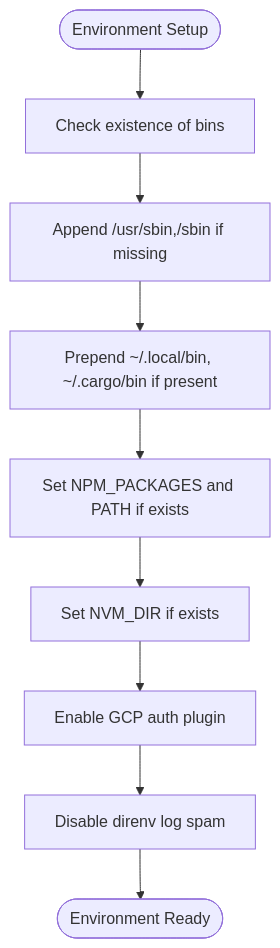
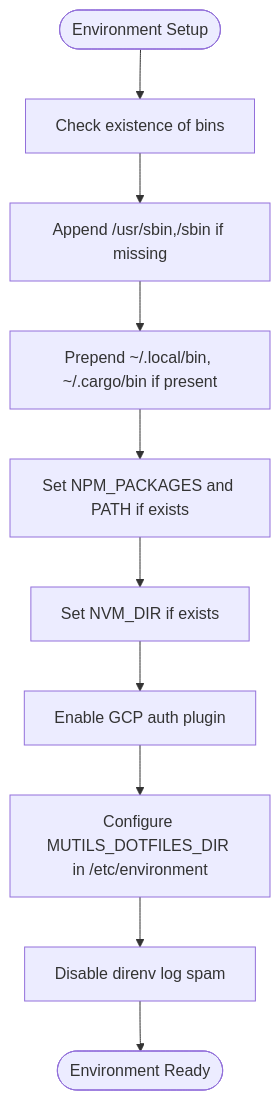
One commit to cr8ivecodesmith/dotfiles changed the eighth of 13 diagrams in .qoder/repowiki/en/content/Shell Configurations/Shell Configurations.md. Above: the diagram before and after it, drawn with Mermaid. The commit also changed other lines of this file and 5 other files, not shown here.

````diff
--- a/.qoder/repowiki/en/content/Shell Configurations/Shell Configurations.md
+++ b/.qoder/repowiki/en/content/Shell Configurations/Shell Configurations.md
@@ -313,11 +425,12 @@
 ```mermaid
 flowchart TD
 EStart(["Environment Setup"]) --> CheckBins["Check existence of bins"]
 CheckBins --> AppendSys["Append /usr/sbin,/sbin if missing"]
 AppendSys --> PrependUser["Prepend ~/.local/bin, ~/.cargo/bin if present"]
 PrependUser --> NPM["Set NPM_PACKAGES and PATH if exists"]
 NPM --> NVM["Set NVM_DIR if exists"]
 NVM --> GCP["Enable GCP auth plugin"]
-GCP --> Direnv["Disable direnv log spam"]
+GCP --> SysEnv["Configure MUTILS_DOTFILES_DIR in /etc/environment"]
+SysEnv --> Direnv["Disable direnv log spam"]
 Direnv --> EEnd(["Environment Ready"])
 ```
````
